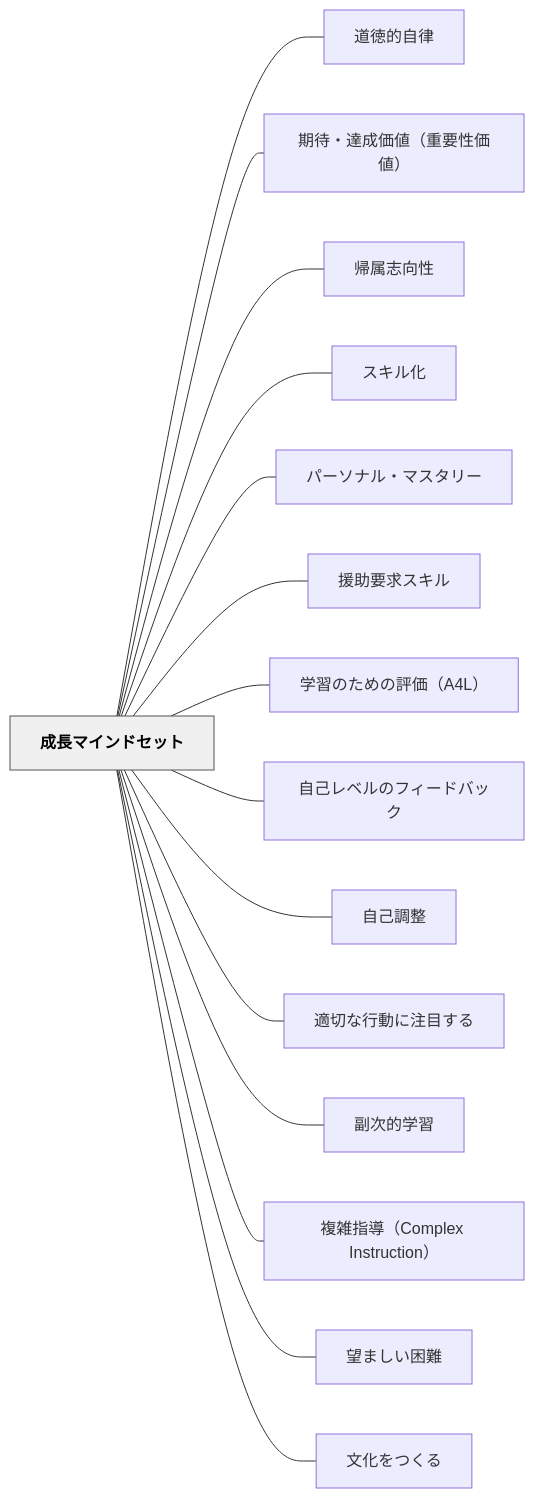
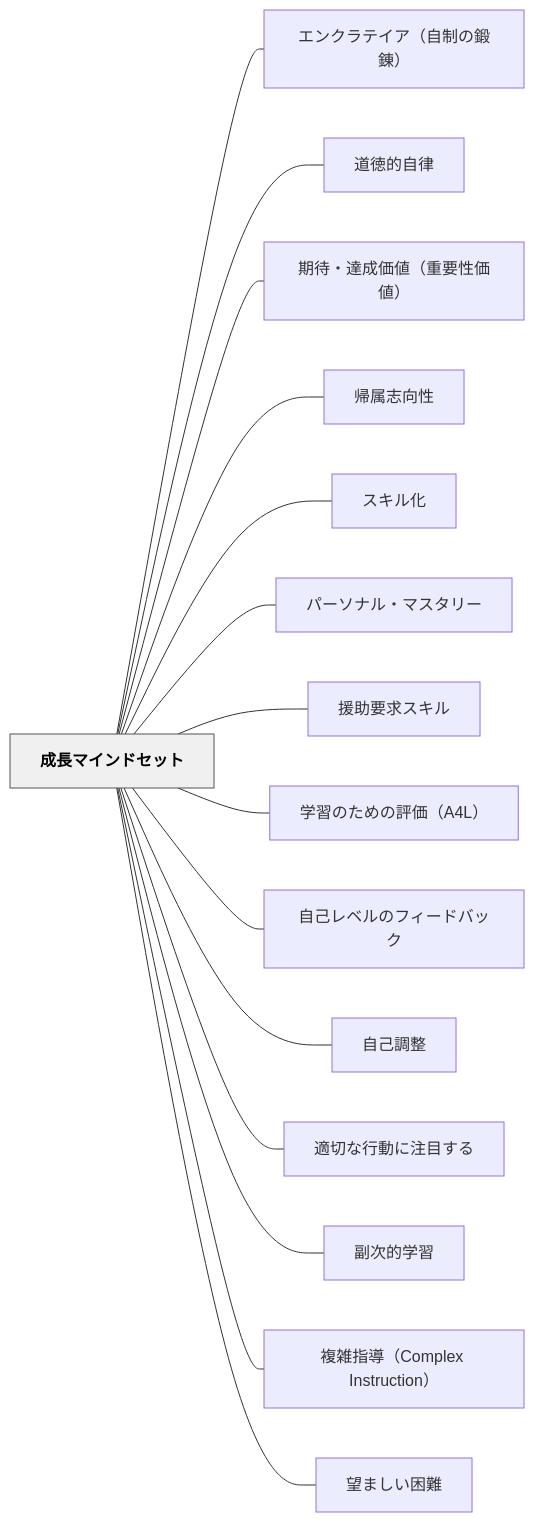
One commit to unknownthings-ed-patterns/unknownthings-ed-patterns changed the diagram in content/パタン/成長マインドセット.md. Above: the diagram before and after it, drawn with Mermaid. The commit also changed other lines of this file and 19 other files, not shown here.

````diff
--- a/content/パタン/成長マインドセット.md
+++ b/content/パタン/成長マインドセット.md
@@ -124,36 +125,36 @@
 ```mermaid
 flowchart LR
     ne68890e995b7e3839ee382a4e383b3e38389e382bbe38383e38388["成長マインドセット"]
+    ne382a8e383b3e382afe383a9e38386e382a4e382a2efbc88e887aae588b6e381aee98d9be98cacefbc89["エンクラテイア（自制の鍛錬）"]
     ne98193e5beb3e79a84e887aae5be8b["道徳的自律"]
     ne69c9fe5be85e383bbe98194e68890e4bea1e580a4efbc88e9878de8a681e680a7e4bea1e580a4efbc89["期待・達成価値（重要性価値）"]
     ne5b8b0e5b19ee5bf97e59091e680a7["帰属志向性"]
     ne382b9e382ade383abe58c96["スキル化"]
     ne38391e383bce382bde3838ae383abe383bbe3839ee382b9e382bfe383aae383bc["パーソナル・マスタリー"]
     ne68fb4e58aa9e8a681e6b182e382b9e382ade383ab["援助要求スキル"]
     ne5ada6e7bf92e381aee3819fe38281e381aee8a995e4bea1efbc8841344cefbc89["学習のための評価（A4L）"]
     ne887aae5b7b1e383ace38399e383abe381aee38395e382a3e383bce38389e38390e38383e382af["自己レベルのフィードバック"]
     ne887aae5b7b1e8aabfe695b4["自己調整"]
     ne981a9e58887e381aae8a18ce58b95e381abe6b3a8e79baee38199e3828b["適切な行動に注目する"]
     ne589afe6aca1e79a84e5ada6e7bf92["副次的学習"]
     ne8a487e99b91e68c87e5b08eefbc88436f6d706c657820496e737472756374696f6eefbc89["複雑指導（Complex Instruction）"]
     ne69c9be381bee38197e38184e59bb0e99ba3["望ましい困難"]
-    ne69687e58c96e38292e381a4e3818fe3828b["文化をつくる"]
 
+    ne68890e995b7e3839ee382a4e383b3e38389e382bbe38383e38388 --- ne382a8e383b3e382afe383a9e38386e382a4e382a2efbc88e887aae588b6e381aee98d9be98cacefbc89
     ne68890e995b7e3839ee382a4e383b3e38389e382bbe38383e38388 --- ne98193e5beb3e79a84e887aae5be8b
     ne68890e995b7e3839ee382a4e383b3e38389e382bbe38383e38388 --- ne69c9fe5be85e383bbe98194e68890e4bea1e580a4efbc88e9878de8a681e680a7e4bea1e580a4efbc89
     ne68890e995b7e3839ee382a4e383b3e38389e382bbe38383e38388 --- ne5b8b0e5b19ee5bf97e59091e680a7
     ne68890e995b7e3839ee382a4e383b3e38389e382bbe38383e38388 --- ne382b9e382ade383abe58c96
     ne68890e995b7e3839ee382a4e383b3e38389e382bbe38383e38388 --- ne38391e383bce382bde3838ae383abe383bbe3839ee382b9e382bfe383aae383bc
     ne68890e995b7e3839ee382a4e383b3e38389e382bbe38383e38388 --- ne68fb4e58aa9e8a681e6b182e382b9e382ade383ab
     ne68890e995b7e3839ee382a4e383b3e38389e382bbe38383e38388 --- ne5ada6e7bf92e381aee3819fe38281e381aee8a995e4bea1efbc8841344cefbc89
     ne68890e995b7e3839ee382a4e383b3e38389e382bbe38383e38388 --- ne887aae5b7b1e383ace38399e383abe381aee38395e382a3e383bce38389e38390e38383e382af
     ne68890e995b7e3839ee382a4e383b3e38389e382bbe38383e38388 --- ne887aae5b7b1e8aabfe695b4
     ne68890e995b7e3839ee382a4e383b3e38389e382bbe38383e38388 --- ne981a9e58887e381aae8a18ce58b95e381abe6b3a8e79baee38199e3828b
     ne68890e995b7e3839ee382a4e383b3e38389e382bbe38383e38388 --- ne589afe6aca1e79a84e5ada6e7bf92
     ne68890e995b7e3839ee382a4e383b3e38389e382bbe38383e38388 --- ne8a487e99b91e68c87e5b08eefbc88436f6d706c657820496e737472756374696f6eefbc89
     ne68890e995b7e3839ee382a4e383b3e38389e382bbe38383e38388 --- ne69c9be381bee38197e38184e59bb0e99ba3
-    ne68890e995b7e3839ee382a4e383b3e38389e382bbe38383e38388 --- ne69687e58c96e38292e381a4e3818fe3828b
 
     classDef hub fill:#f0f0f0,stroke:#555,color:#000,font-weight:bold
     class ne68890e995b7e3839ee382a4e383b3e38389e382bbe38383e38388 hub
 ```
````
